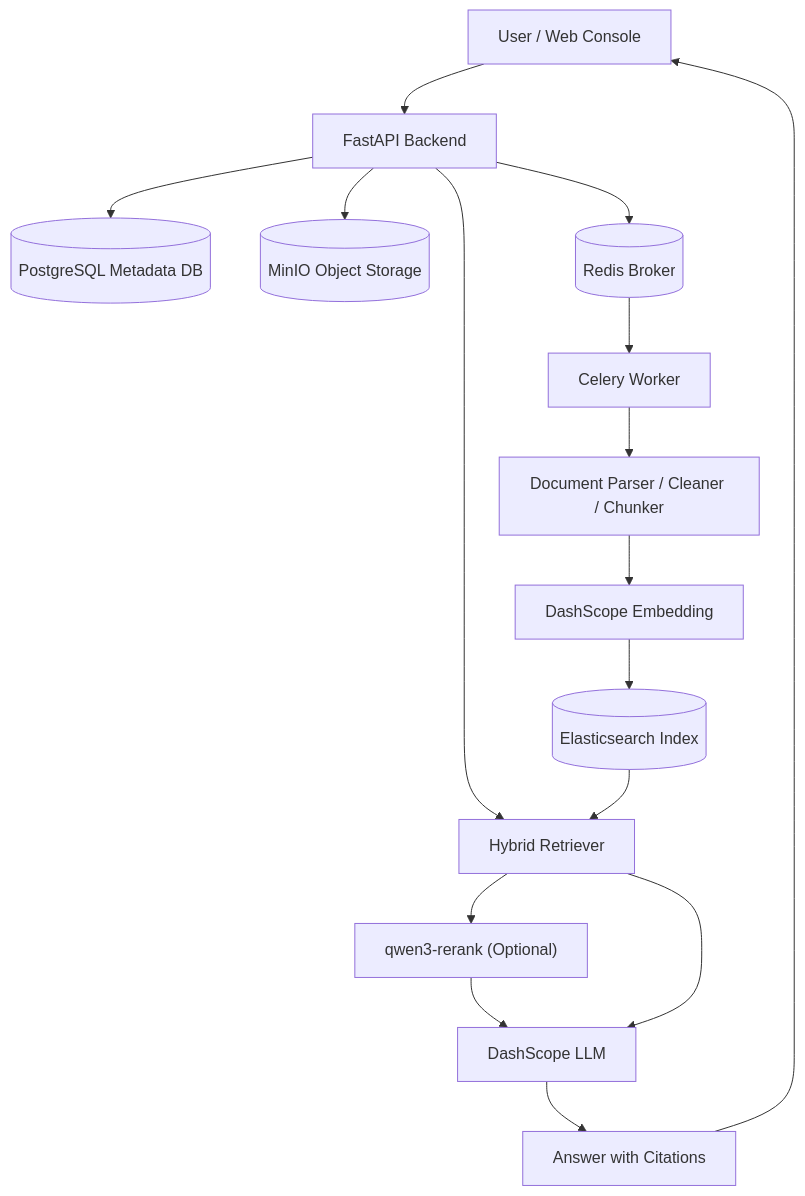
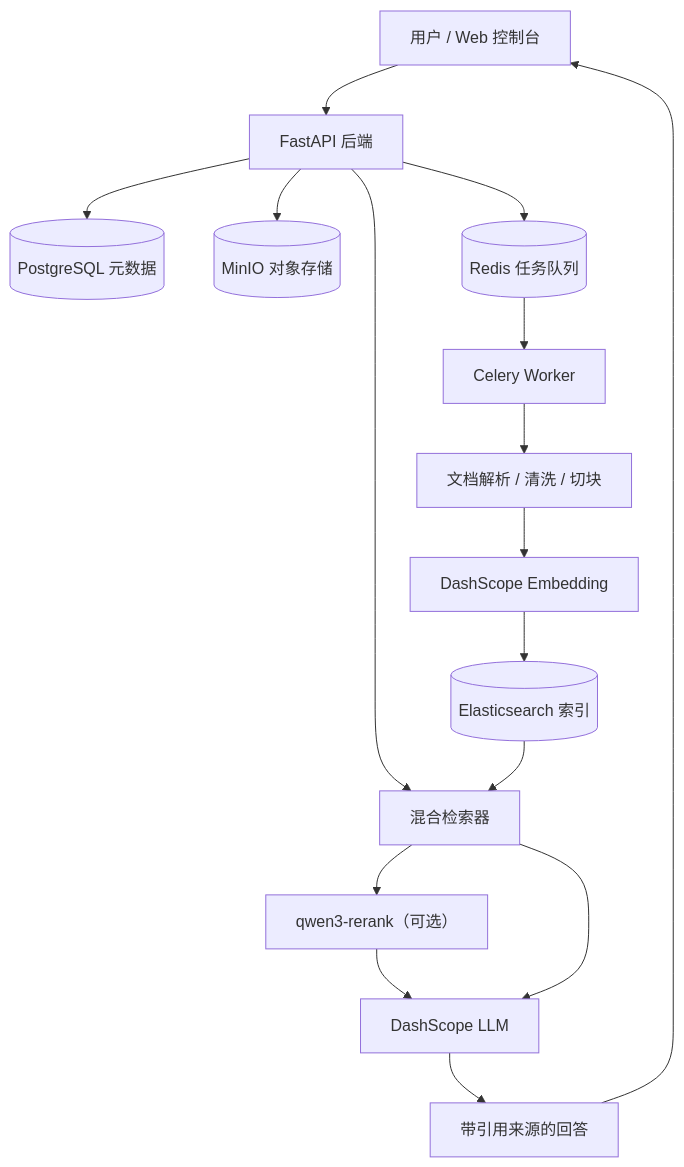
Before and after one commit to hf007019-lgtm/rag-builder: the first of 2 diagrams in README.md, drawn with Mermaid. The commit also changed other lines of this file and 1 other file, not shown here.

````diff
--- a/README.md
+++ b/README.md
@@ -99,18 +175,18 @@
 ```mermaid
 flowchart TD
-    User["User / Web Console"] --> API["FastAPI Backend"]
-    API --> PG[("PostgreSQL Metadata DB")]
-    API --> MinIO[("MinIO Object Storage")]
-    API --> Redis[("Redis Broker")]
+    User["用户 / Web 控制台"] --> API["FastAPI 后端"]
+    API --> PG[("PostgreSQL 元数据")]
+    API --> MinIO[("MinIO 对象存储")]
+    API --> Redis[("Redis 任务队列")]
     Redis --> Worker["Celery Worker"]
-    Worker --> Parser["Document Parser / Cleaner / Chunker"]
+    Worker --> Parser["文档解析 / 清洗 / 切块"]
     Parser --> Embed["DashScope Embedding"]
-    Embed --> ES[("Elasticsearch Index")]
-    API --> Retriever["Hybrid Retriever"]
+    Embed --> ES[("Elasticsearch 索引")]
+    API --> Retriever["混合检索器"]
     ES --> Retriever
-    Retriever --> Rerank["qwen3-rerank (Optional)"]
+    Retriever --> Rerank["qwen3-rerank（可选）"]
     Rerank --> LLM["DashScope LLM"]
     Retriever --> LLM
-    LLM --> Answer["Answer with Citations"]
+    LLM --> Answer["带引用来源的回答"]
     Answer --> User
 ```
````
